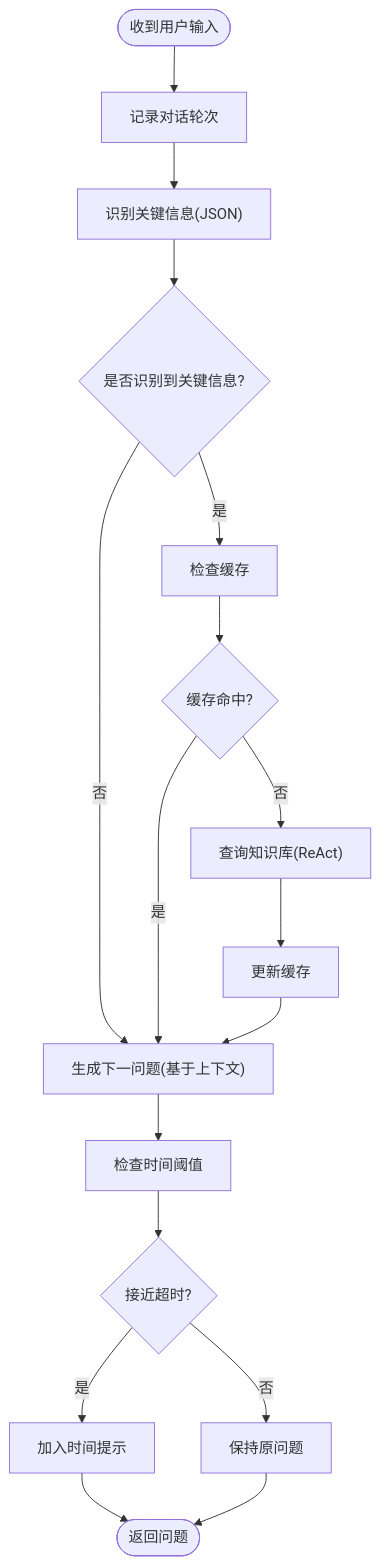
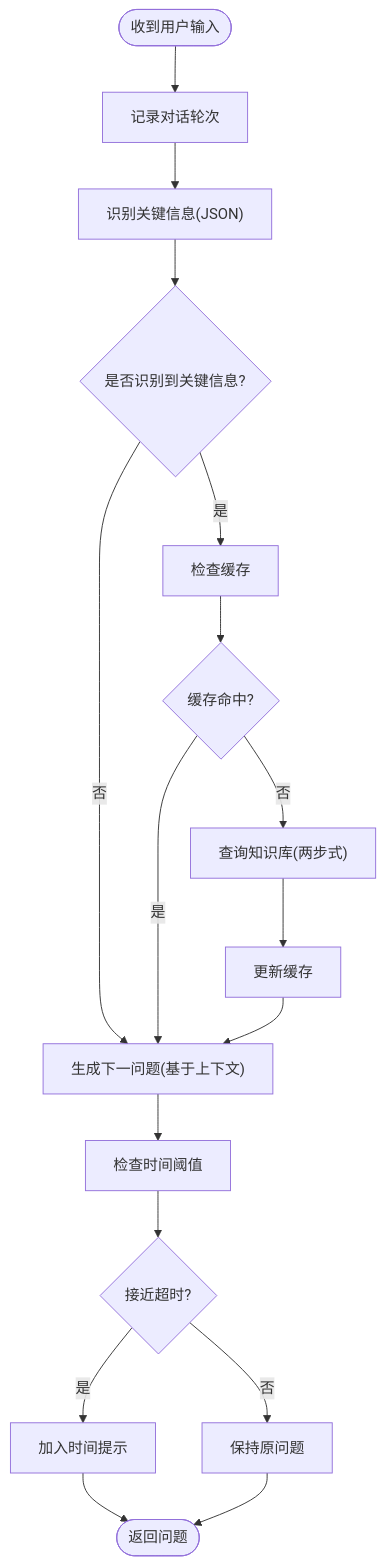
One commit to WangYiKai1017/zizuan changed the sixth of 11 diagrams in .qoder/repowiki/zh/content/智能问答系统/智能问答系统.md. Above: the diagram before and after it, drawn with Mermaid. The commit also changed other lines of this file and 7 other files, not shown here.

````diff
--- a/.qoder/repowiki/zh/content/智能问答系统/智能问答系统.md
+++ b/.qoder/repowiki/zh/content/智能问答系统/智能问答系统.md
@@ -330,19 +381,19 @@
 ```mermaid
 flowchart TD
 Start(["收到用户输入"]) --> Record["记录对话轮次"]
 Record --> Identify["识别关键信息(JSON)"]
 Identify --> HasKey{"是否识别到关键信息?"}
 HasKey -- 否 --> GenNext["生成下一问题(基于上下文)"]
 HasKey -- 是 --> CacheCheck["检查缓存"]
 CacheCheck --> CacheHit{"缓存命中?"}
 CacheHit -- 是 --> GenNext
-CacheHit -- 否 --> QueryKB["查询知识库(ReAct)"]
+CacheHit -- 否 --> QueryKB["查询知识库(两步式)"]
 QueryKB --> UpdateCache["更新缓存"]
 UpdateCache --> GenNext
 GenNext --> TimeCheck["检查时间阈值"]
 TimeCheck --> Warn{"接近超时?"}
 Warn -- 是 --> AddWarn["加入时间提示"]
 Warn -- 否 --> Keep["保持原问题"]
 AddWarn --> End(["返回问题"])
 Keep --> End
 ```
````
